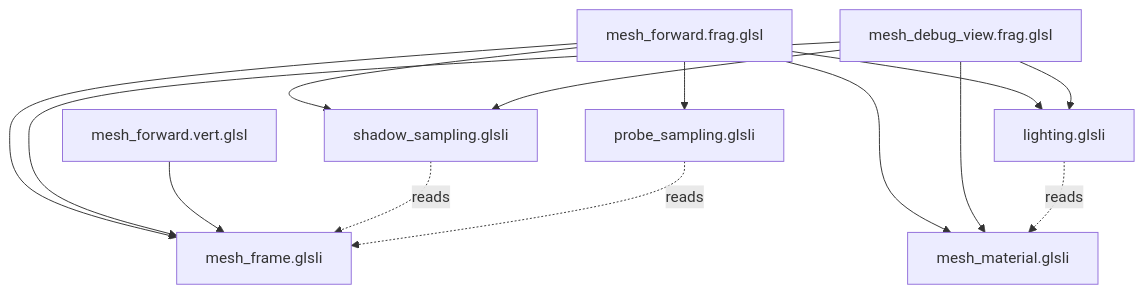
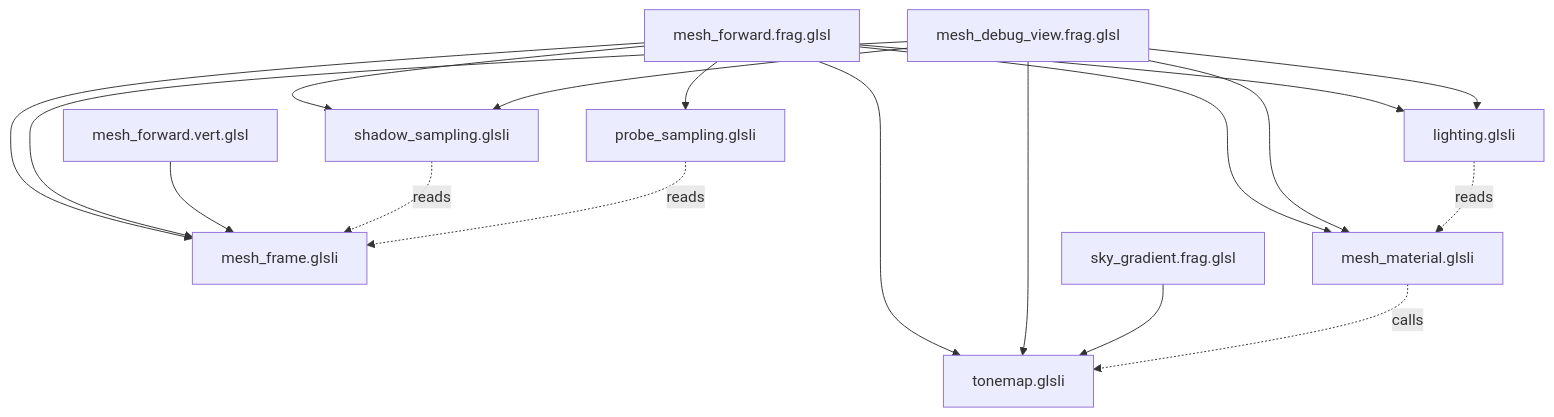
One commit to GavynBryan/Sencha changed the diagram in docs/renderer/shaders.md. Above: the diagram before and after it, drawn with Mermaid. The commit also changed other lines of this file and 10 other files, not shown here.

````diff
--- a/docs/renderer/shaders.md
+++ b/docs/renderer/shaders.md
@@ -28,16 +29,20 @@
 ```mermaid
 graph TD
   frag[mesh_forward.frag.glsl] --> frame[mesh_frame.glsli]
   frag --> shadow[shadow_sampling.glsli]
   frag --> probe[probe_sampling.glsli]
+  frag --> tone[tonemap.glsli]
   frag --> mat[mesh_material.glsli]
   frag --> light[lighting.glsli]
   dbg[mesh_debug_view.frag.glsl] --> frame
   dbg --> shadow
+  dbg --> tone
   dbg --> mat
   dbg --> light
   vert[mesh_forward.vert.glsl] --> frame
+  sky[sky_gradient.frag.glsl] --> tone
   shadow -.reads.-> frame
   probe -.reads.-> frame
   light -.reads.-> mat
+  mat -.calls.-> tone
 ```
````
